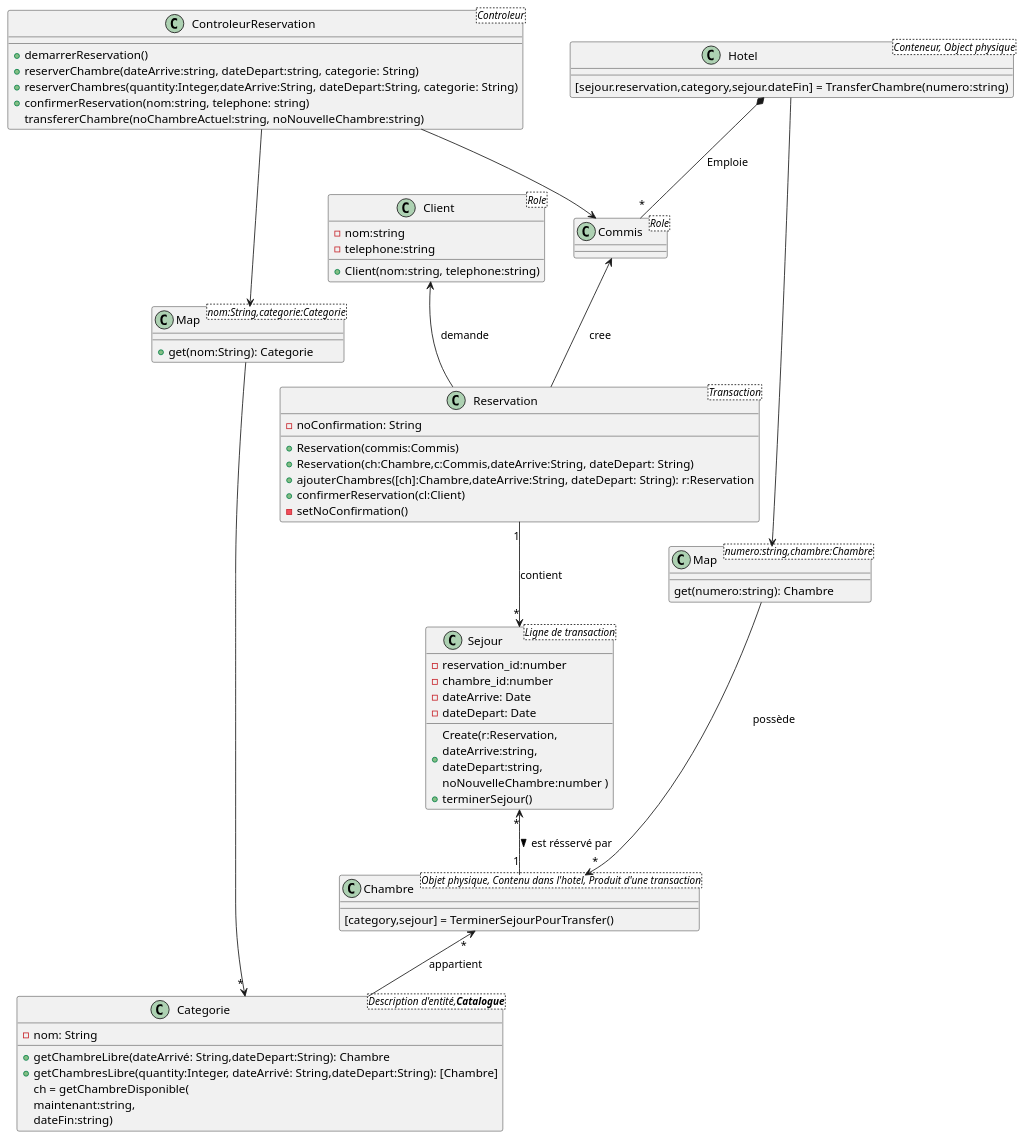
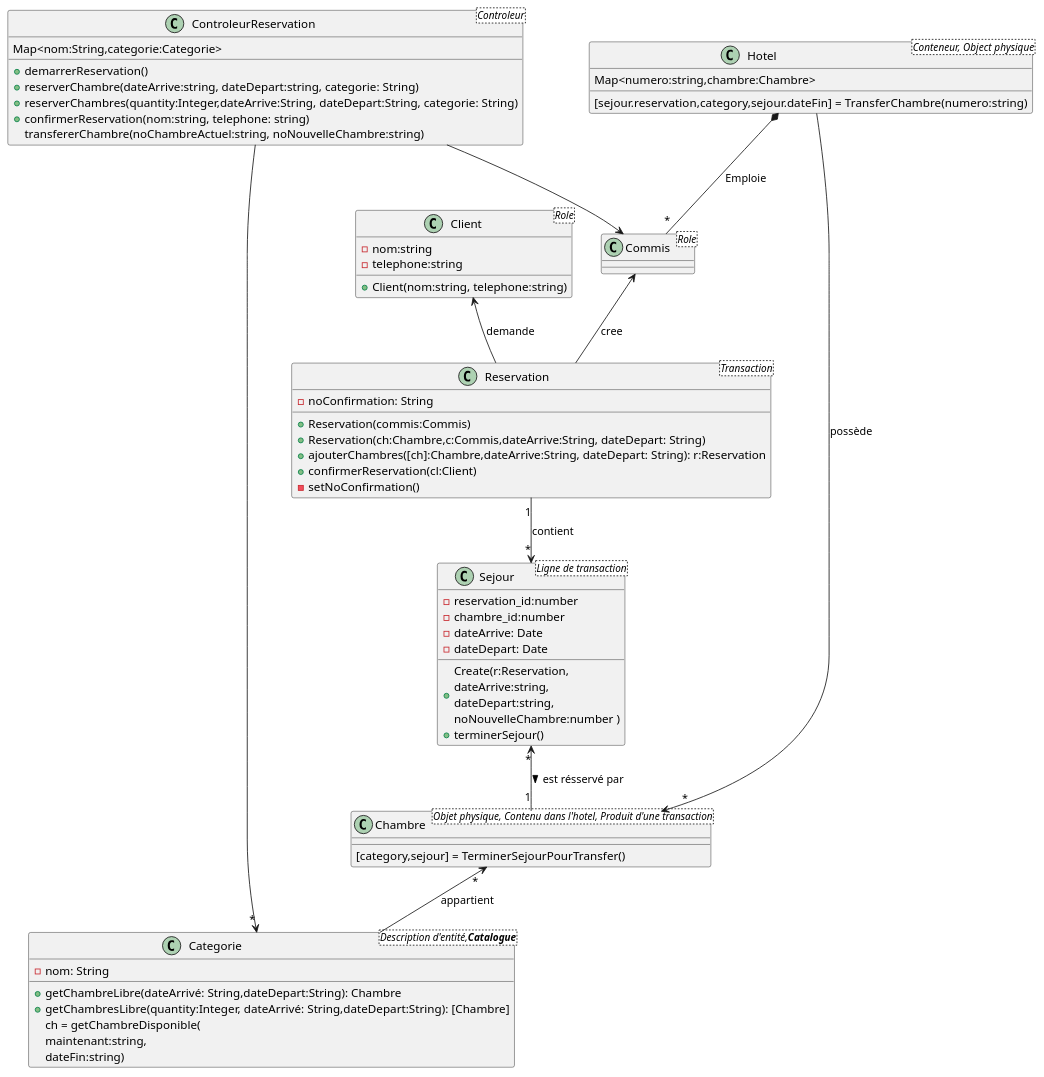
Before and after one commit to yvanross/LOG210-exercices: diagram 23 of 23 in ACOO/01-application-gestion-hoteliere-solution-V2.puml, drawn with PlantUML. The commit also changed other lines of this file and 24 other files, not shown here.

```diff
--- a/ACOO/01-application-gestion-hoteliere-solution-V2.puml
+++ b/ACOO/01-application-gestion-hoteliere-solution-V2.puml
@@ -657,65 +683,59 @@
 @startuml  CU01+CU02+CU03-DCL-Diagramme de classe
 class ControleurReservation<Controleur>{
+  Map<nom:String,categorie:Categorie>
   +demarrerReservation()
   +reserverChambre(dateArrive:string, dateDepart:string, categorie: String)
   +reserverChambres(quantity:Integer,dateArrive:String, dateDepart:String, categorie: String)
   +confirmerReservation(nom:string, telephone: string)
   transfererChambre(noChambreActuel:string, noNouvelleChambre:string)
 }
-class "Map<nom:String,categorie:Categorie>" as MC {
-  +get(nom:String): Categorie
-}
-class "Map<numero:string,chambre:Chambre>" as MCH {
-  get(numero:string): Chambre
-}
 
 class Hotel <Conteneur, Object physique>{
+  Map<numero:string,chambre:Chambre>
   [sejour.reservation,category,sejour.dateFin] = TransferChambre(numero:string)
 }
 class Categorie <Description d'entité,**Catalogue**> {
   -nom: String
   +getChambreLibre(dateArrivé: String,dateDepart:String): Chambre
   +getChambresLibre(quantity:Integer, dateArrivé: String,dateDepart:String): [Chambre]
    ch = getChambreDisponible(\nmaintenant:string, \ndateFin:string)
 
 }
 class Reservation <Transaction>{
   -noConfirmation: String
   +Reservation(commis:Commis)
   +Reservation(ch:Chambre,c:Commis,dateArrive:String, dateDepart: String)
   +ajouterChambres([ch]:Chambre,dateArrive:String, dateDepart: String): r:Reservation
   +confirmerReservation(cl:Client)
   -setNoConfirmation()
 }
 
 class Sejour <Ligne de transaction>{
   -reservation_id:number
   -chambre_id:number
   -dateArrive: Date
   -dateDepart: Date
   +Create(r:Reservation,\ndateArrive:string, \ndateDepart:string, \nnoNouvelleChambre:number )
   +terminerSejour()
 }
 
 class Commis <Role>
 class Chambre <Objet physique, Contenu dans l'hotel, Produit d'une transaction>{
   [category,sejour] = TerminerSejourPourTransfer()
 }
 class Client <Role> {
   -nom:string
   -telephone:string
   +Client(nom:string, telephone:string)
 }
 
-Hotel  -->  MCH
-MCH --> "*" Chambre: possède
+Hotel --> "*" Chambre: possède
 Chambre "*" <-- Categorie: appartient
 Client  <--  Reservation: demande
 Commis  <--  Reservation: cree
 Hotel  *-- "*" Commis : Emploie
 Reservation "1" --> "*" Sejour: contient
 Sejour"*" <-- "1" Chambre: est résservé par >
-ControleurReservation --> MC
 ControleurReservation --> Commis
-MC --> "*" Categorie
+ControleurReservation --> "*" Categorie
 @enduml
```
